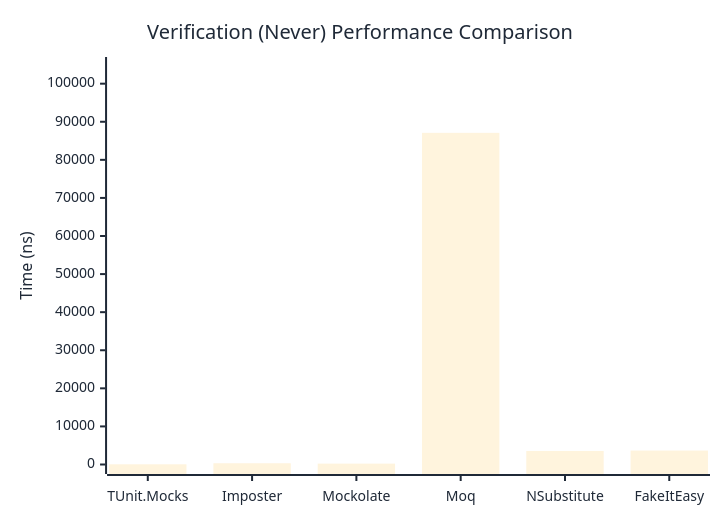
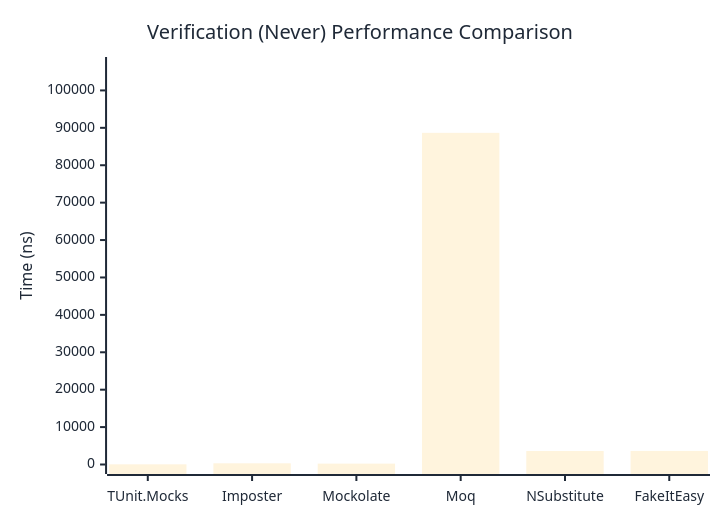
Before and after one commit to thomhurst/TUnit: the second of 3 diagrams in docs/docs/benchmarks/mocks/Verification.md, drawn with Mermaid. The commit also changed other lines of this file and 14 other files, not shown here.

````diff
--- a/docs/docs/benchmarks/mocks/Verification.md
+++ b/docs/docs/benchmarks/mocks/Verification.md
@@ -69,27 +69,27 @@
 ```mermaid
 %%{init: {
   'theme':'base',
   'themeVariables': {
     'primaryColor': '#2563eb',
     'primaryTextColor': '#1f2937',
     'primaryBorderColor': '#1e40af',
     'lineColor': '#6b7280',
     'secondaryColor': '#7c3aed',
     'tertiaryColor': '#dc2626',
     'background': '#ffffff',
     'pie1': '#2563eb',
     'pie2': '#7c3aed',
     'pie3': '#dc2626',
     'pie4': '#f59e0b',
     'pie5': '#10b981',
     'pie6': '#06b6d4',
     'pie7': '#ec4899',
     'pie8': '#6366f1'
   }
 }}%%
 xychart-beta
   title "Verification (Never) Performance Comparison"
   x-axis ["TUnit.Mocks", "Imposter", "Mockolate", "Moq", "NSubstitute", "FakeItEasy"]
-  y-axis "Time (ns)" 0 --> 104511
-  bar [51.78, 328.29, 232.08, 87091.87, 3557.92, 3662.19]
+  y-axis "Time (ns)" 0 --> 106394
+  bar [47.69, 319.25, 237.9, 88660.85, 3605.08, 3623.08]
 ```
````
